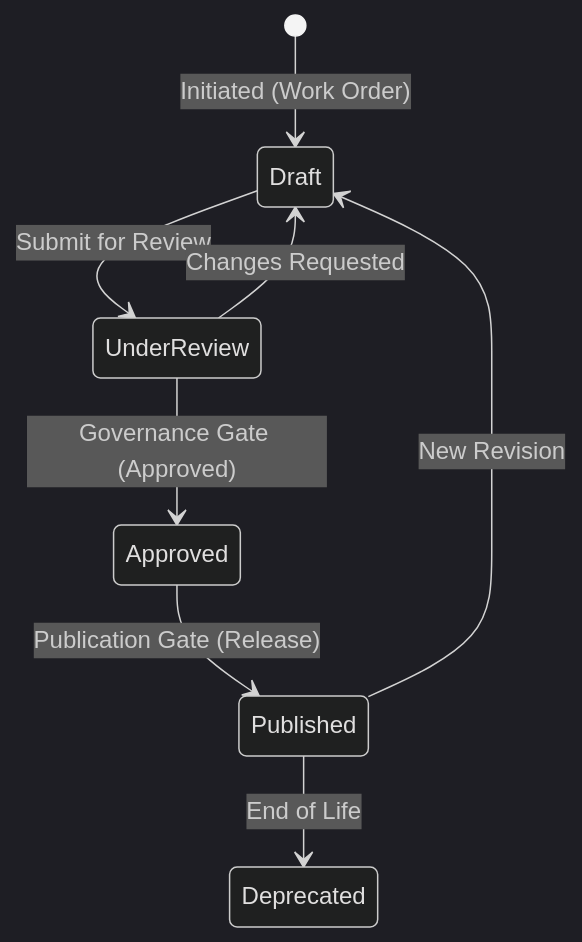
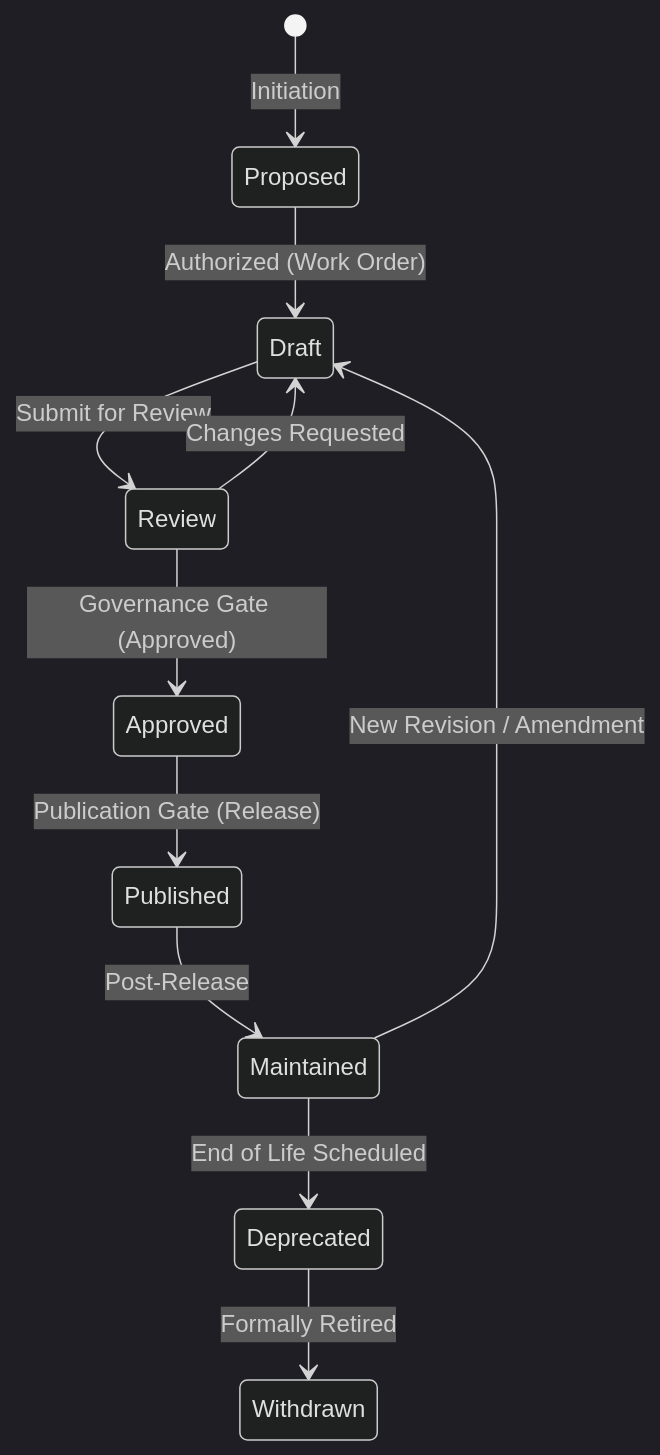
The diagram in docs/standards/SGM/chapters/standards-lifecycle.md (RajivPandey3/SHRS-Standards), drawn with Mermaid (dark theme) before and after one commit. The commit also changed other lines of this file and 2 other files, not shown here.

Commit message:
docs(sgm): complete WO-0.4 Audit-04 Core Chapters 3 & 4 fixes

````diff
--- a/docs/standards/SGM/chapters/standards-lifecycle.md
+++ b/docs/standards/SGM/chapters/standards-lifecycle.md
@@ -20,10 +23,13 @@
 ```mermaid
 stateDiagram-v2
-    [*] --> Draft : Initiated (Work Order)
-    Draft --> UnderReview : Submit for Review
-    UnderReview --> Draft : Changes Requested
-    UnderReview --> Approved : Governance Gate (Approved)
+    [*] --> Proposed : Initiation
+    Proposed --> Draft : Authorized (Work Order)
+    Draft --> Review : Submit for Review
+    Review --> Draft : Changes Requested
+    Review --> Approved : Governance Gate (Approved)
     Approved --> Published : Publication Gate (Release)
-    Published --> Draft : New Revision
-    Published --> Deprecated : End of Life
+    Published --> Maintained : Post-Release
+    Maintained --> Draft : New Revision / Amendment
+    Maintained --> Deprecated : End of Life Scheduled
+    Deprecated --> Withdrawn : Formally Retired
 ```
````
